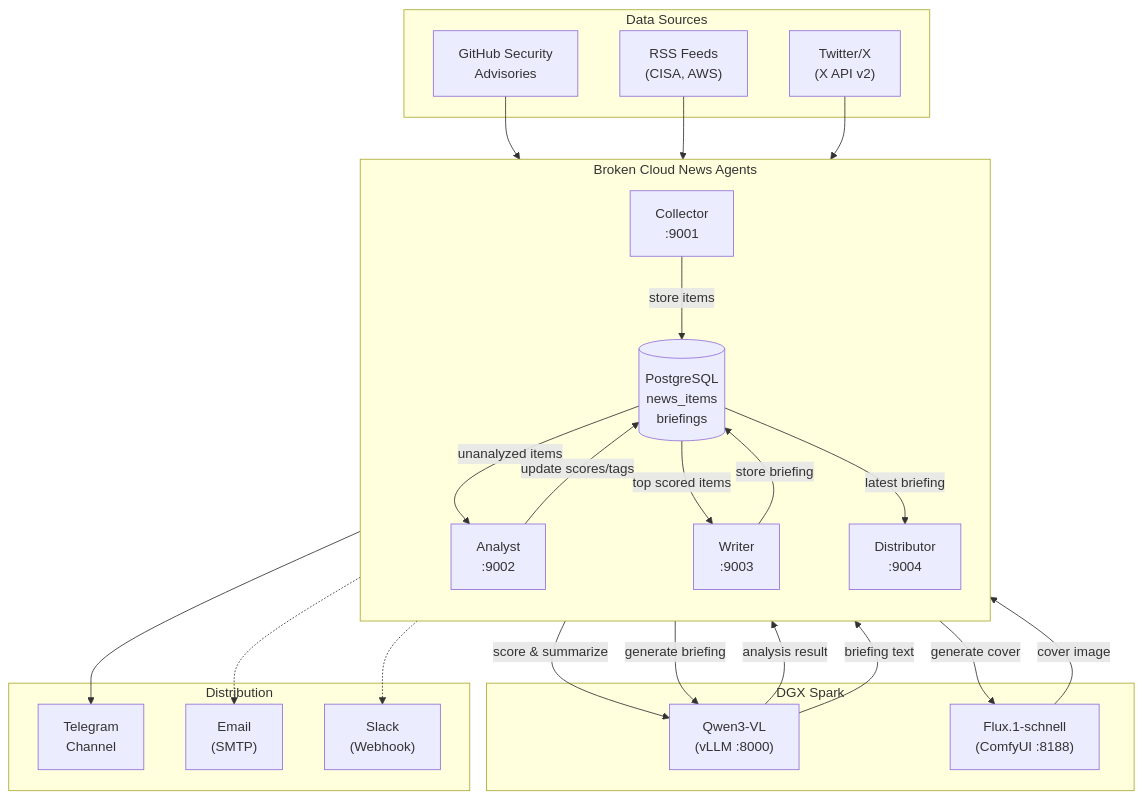
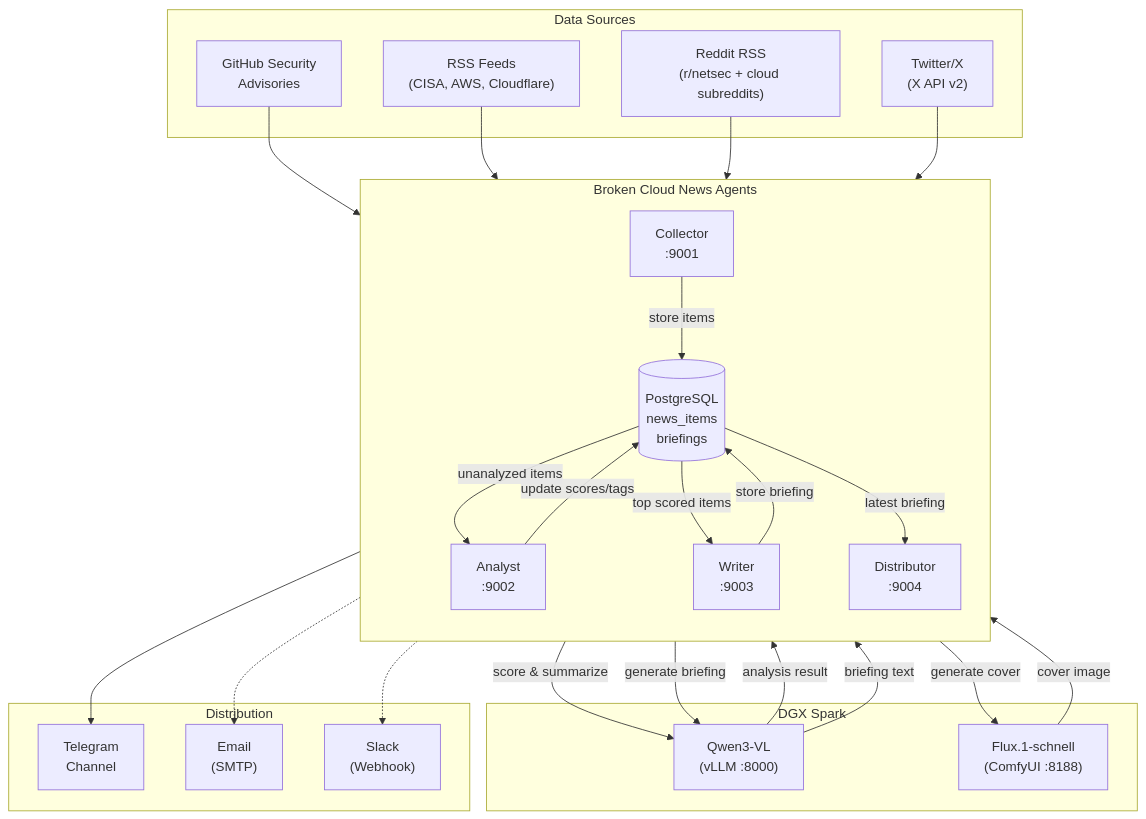
The diagram in README.md (andreyka/broken-cloud-news), drawn with Mermaid before and after one commit. The commit also changed other lines of this file and 13 other files, not shown here.

````diff
--- a/README.md
+++ b/README.md
@@ -11,47 +11,49 @@
 ```mermaid
 flowchart TB
     subgraph Sources["Data Sources"]
         GHSA["GitHub Security\nAdvisories"]
-        RSS["RSS Feeds\n(CISA, AWS)"]
+        RSS["RSS Feeds\n(CISA, AWS, Cloudflare)"]
+        Reddit["Reddit RSS\n(r/netsec + cloud subreddits)"]
         Twitter["Twitter/X\n(X API v2)"]
     end
 
     subgraph BCN["Broken Cloud News Agents"]
         direction TB
         Collector["Collector\n:9001"]
         DB[("PostgreSQL\nnews_items\nbriefings")]
         Analyst["Analyst\n:9002"]
         Writer["Writer\n:9003"]
         Distributor["Distributor\n:9004"]
     end
 
     subgraph AI["DGX Spark"]
         Qwen["Qwen3-VL\n(vLLM :8000)"]
         Flux["Flux.1-schnell\n(ComfyUI :8188)"]
     end
 
     subgraph Channels["Distribution"]
         TG["Telegram\nChannel"]
         Email["Email\n(SMTP)"]
         Slack["Slack\n(Webhook)"]
     end
 
     GHSA --> Collector
     RSS --> Collector
+    Reddit --> Collector
     Twitter --> Collector
     Collector -- "store items" --> DB
     DB -- "unanalyzed items" --> Analyst
     Analyst -- "score & summarize" --> Qwen
     Qwen -- "analysis result" --> Analyst
     Analyst -- "update scores/tags" --> DB
     DB -- "top scored items" --> Writer
     Writer -- "generate briefing" --> Qwen
     Writer -- "generate cover" --> Flux
     Qwen -- "briefing text" --> Writer
     Flux -- "cover image" --> Writer
     Writer -- "store briefing" --> DB
     DB -- "latest briefing" --> Distributor
     Distributor --> TG
     Distributor -.-> Email
     Distributor -.-> Slack
 ```
````
